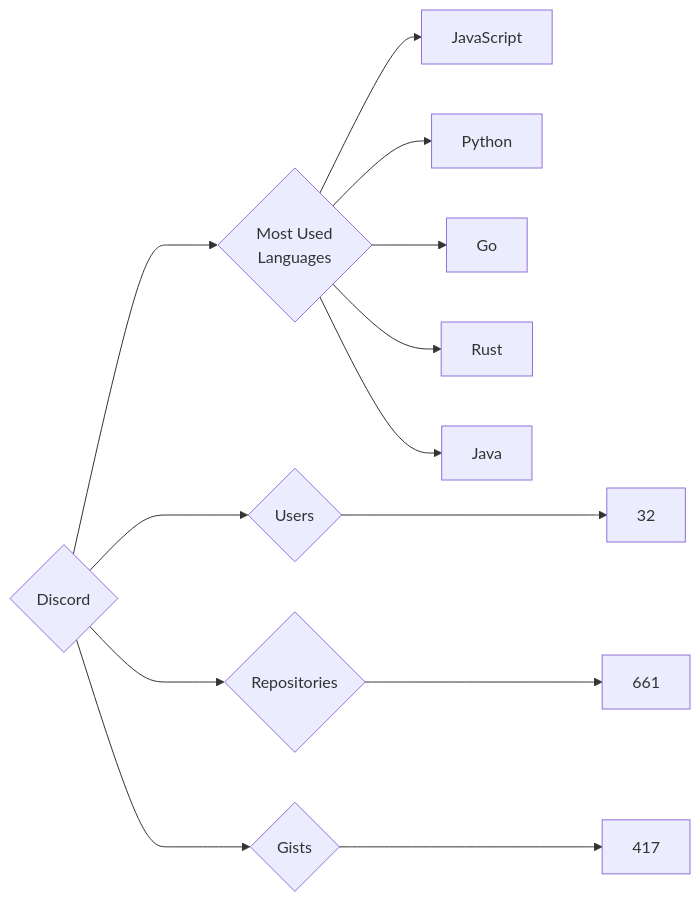
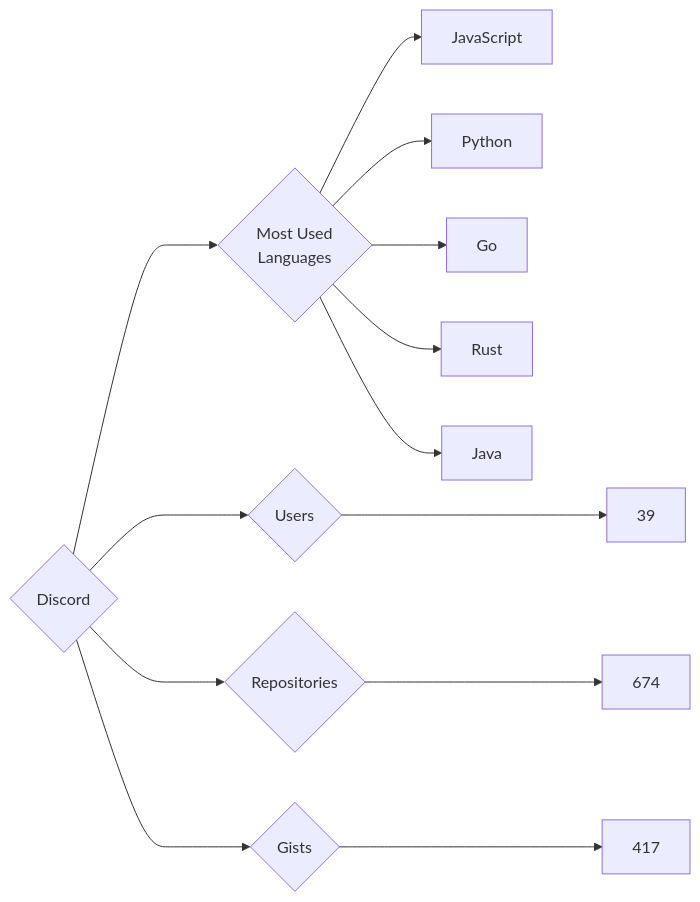
The diagram in targets/Discord/README.md (trickest/insiders), drawn with Mermaid before and after one commit. The commit also changed 682 other files, not shown here.

````diff
--- a/targets/Discord/README.md
+++ b/targets/Discord/README.md
@@ -3,13 +3,13 @@
 ```mermaid
 graph LR
 COMPANY_NAME{Discord}
-COMPANY_NAME ---> U{Users} ---> UN[32]
-COMPANY_NAME ---> R{Repositories} ---> RN[661]
+COMPANY_NAME ---> U{Users} ---> UN[39]
+COMPANY_NAME ---> R{Repositories} ---> RN[674]
 COMPANY_NAME ---> G{Gists} ---> GN[417]
 COMPANY_NAME ---> ML{Most Used<br>Languages}
 ML --> JavaScript[JavaScript]
 ML --> Python[Python]
 ML --> Go[Go]
 ML --> Rust[Rust]
 ML --> Java[Java]
 ```
````
